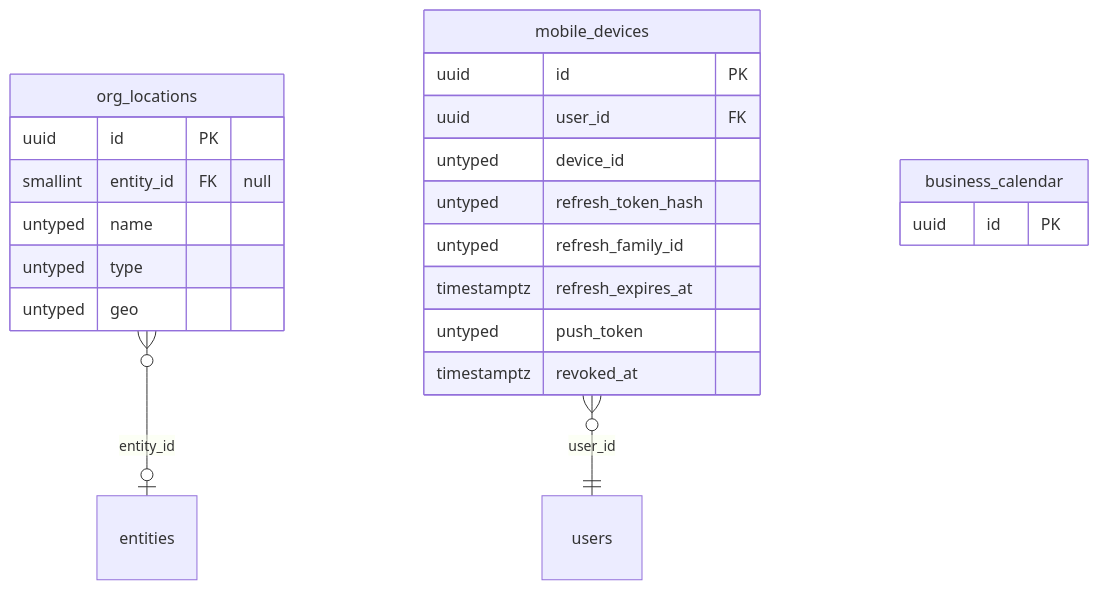
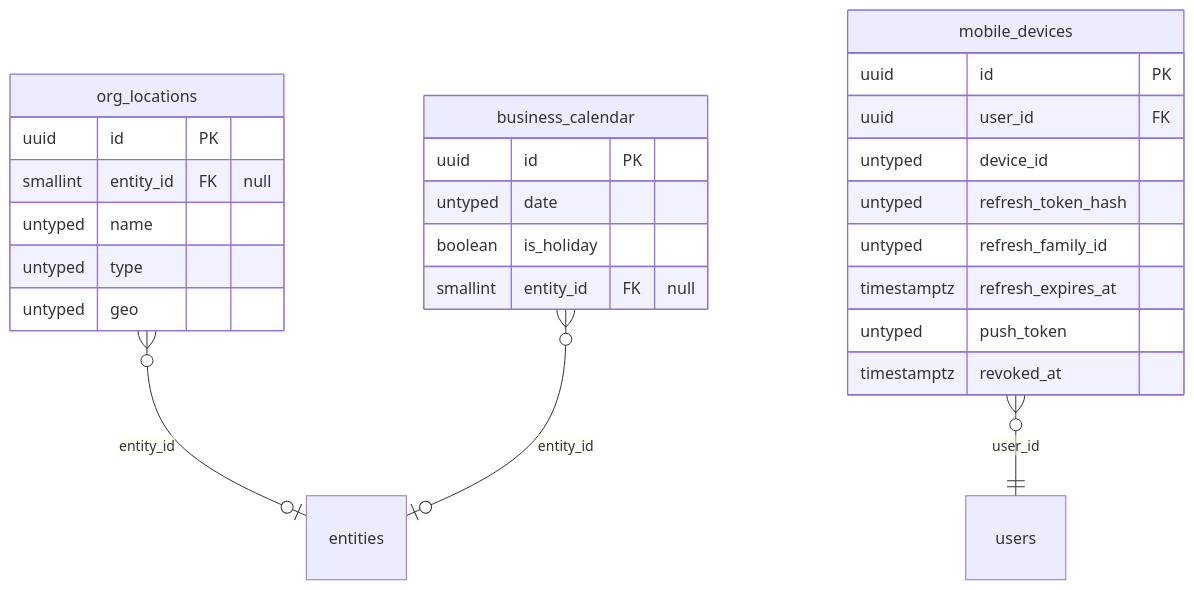
One commit to techaust/shakti_prime changed diagram 11 of 17 in docs/data/erd.md. Above: the diagram before and after it, drawn with Mermaid. The commit also changed 4 other files, not shown here.

First line of the commit message:
fix(hr): the agent refusals use the seeded agent; the business calendar stays planned; the docs test names a table still planned

````diff
--- a/docs/data/erd.md
+++ b/docs/data/erd.md
@@ -1837,25 +1837,29 @@
 ```mermaid
 erDiagram
   org_locations {
     uuid id PK
     smallint entity_id FK "null"
     untyped name
     untyped type
     untyped geo
   }
   mobile_devices {
     uuid id PK
     uuid user_id FK
     untyped device_id
     untyped refresh_token_hash
     untyped refresh_family_id
     timestamptz refresh_expires_at
     untyped push_token
     timestamptz revoked_at
   }
   business_calendar {
     uuid id PK
+    untyped date
+    boolean is_holiday
+    smallint entity_id FK "null"
   }
   org_locations }o--o| entities : "entity_id"
   mobile_devices }o--|| users : "user_id"
+  business_calendar }o--o| entities : "entity_id"
 ```
````
